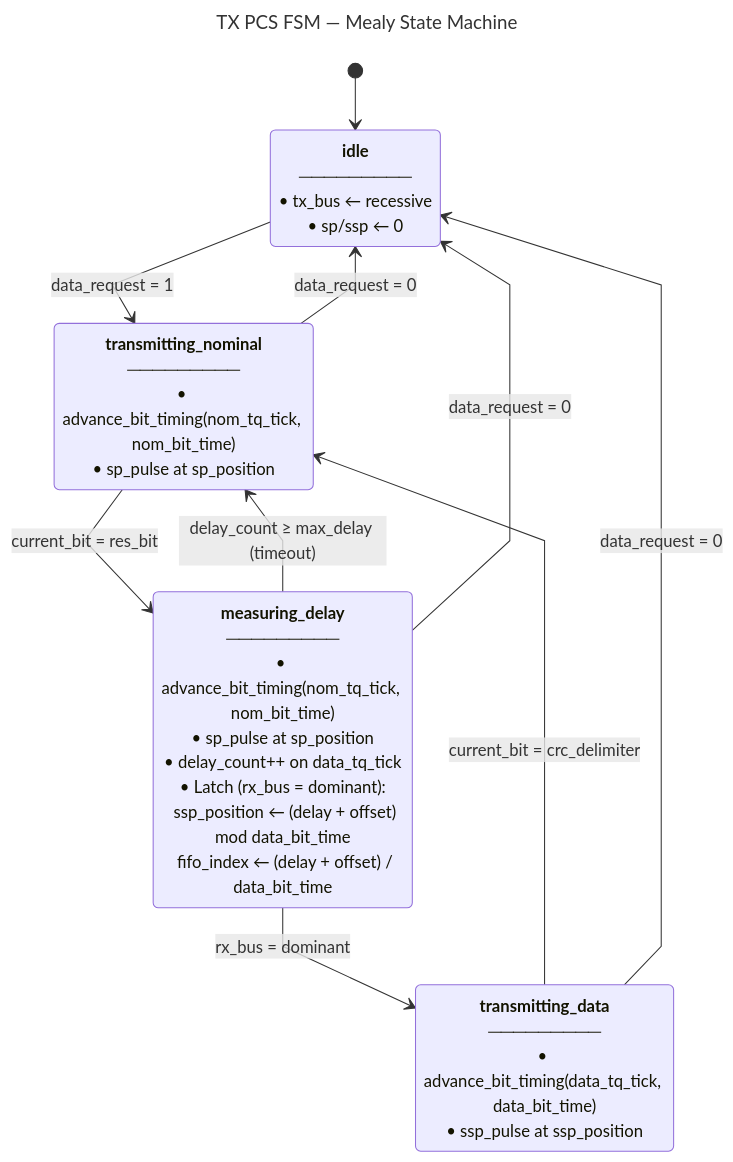
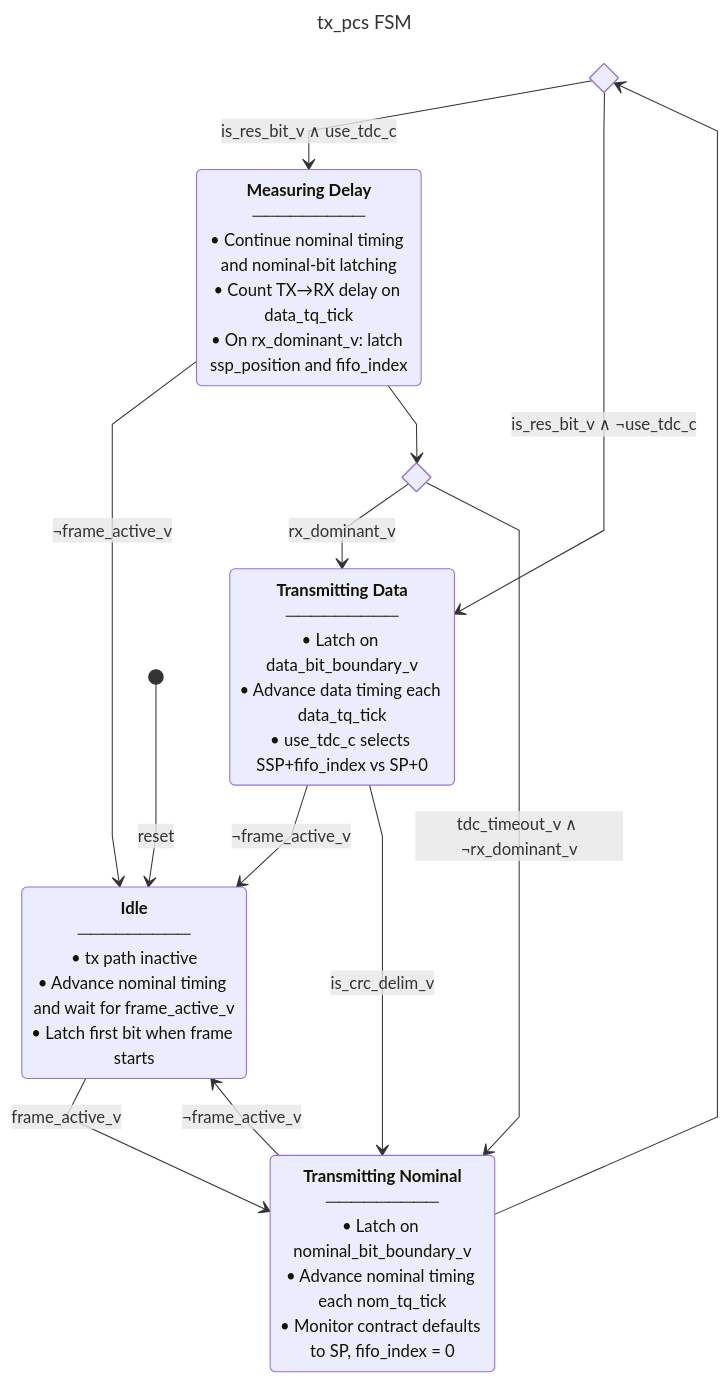
The tenth of 10 diagrams in docs/report.md (madsr2d2/beng_thesis), drawn with Mermaid before and after one commit. The commit also changed other lines of this file and 24 other files, not shown here.

````diff
--- a/docs/report.md
+++ b/docs/report.md
@@ -520,28 +375,31 @@
 ```mermaid
 ---
-title: "TX PCS FSM — Mealy State Machine"
+title: "tx_pcs FSM"
 ---
 %%{init: {'flowchart': {'curve': 'linear'}, 'elk': {'algorithm': 'layered'}}}%%
 stateDiagram-v2
-  state "**idle**<br/>─────────<br/>• tx_bus ← recessive<br/>• sp/ssp ← 0" as idle
+  state nom_tdc_gate <<choice>>
+  state meas_outcome <<choice>>
 
-  state "**transmitting_nominal**<br/>─────────<br/>• advance_bit_timing(nom_tq_tick, nom_bit_time)<br/>• sp_pulse at sp_position" as tx_nom
+  state "**Idle**<br/>─────────<br/>• tx path inactive<br/>• Advance nominal timing and wait for frame_active_v<br/>• Latch first bit when frame starts" as idle_s
+  state "**Transmitting Nominal**<br/>─────────<br/>• Latch on nominal_bit_boundary_v<br/>• Advance nominal timing each nom_tq_tick<br/>• Monitor contract defaults to SP, fifo_index = 0" as nom_s
+  state "**Measuring Delay**<br/>─────────<br/>• Continue nominal timing and nominal-bit latching<br/>• Count TX→RX delay on data_tq_tick<br/>• On rx_dominant_v: latch ssp_position and fifo_index" as meas_s
+  state "**Transmitting Data**<br/>─────────<br/>• Latch on data_bit_boundary_v<br/>• Advance data timing each data_tq_tick<br/>• use_tdc_c selects SSP+fifo_index vs SP+0" as data_s
 
-  state "**measuring_delay**<br/>─────────<br/>• advance_bit_timing(nom_tq_tick, nom_bit_time)<br/>• sp_pulse at sp_position<br/>• delay_count++ on data_tq_tick<br/>• Latch (rx_bus = dominant):<br/>  ssp_position ← (delay + offset) mod data_bit_time<br/>  fifo_index ← (delay + offset) / data_bit_time" as measuring
+  [*] --> idle_s: reset
 
-  state "**transmitting_data**<br/>─────────<br/>• advance_bit_timing(data_tq_tick, data_bit_time)<br/>• ssp_pulse at ssp_position" as tx_data
+  idle_s --> nom_s: frame_active_v
 
-  [*] --> idle
+  nom_s --> idle_s: ¬frame_active_v
+  nom_s --> nom_tdc_gate
+  nom_tdc_gate --> meas_s: is_res_bit_v ∧ use_tdc_c
+  nom_tdc_gate --> data_s: is_res_bit_v ∧ ¬use_tdc_c
 
-  idle --> tx_nom : data_request = 1
+  meas_s --> idle_s: ¬frame_active_v
+  meas_s --> meas_outcome
+  meas_outcome --> data_s: rx_dominant_v
+  meas_outcome --> nom_s: tdc_timeout_v ∧ ¬rx_dominant_v
 
-  tx_nom --> measuring : current_bit = res_bit
-  tx_nom --> idle : data_request = 0
-
-  measuring --> tx_data : rx_bus = dominant
-  measuring --> tx_nom : delay_count ≥ max_delay (timeout)
-  measuring --> idle : data_request = 0
-
-  tx_data --> tx_nom : current_bit = crc_delimiter
-  tx_data --> idle : data_request = 0
+  data_s --> idle_s: ¬frame_active_v
+  data_s --> nom_s: is_crc_delim_v
 ```
````
